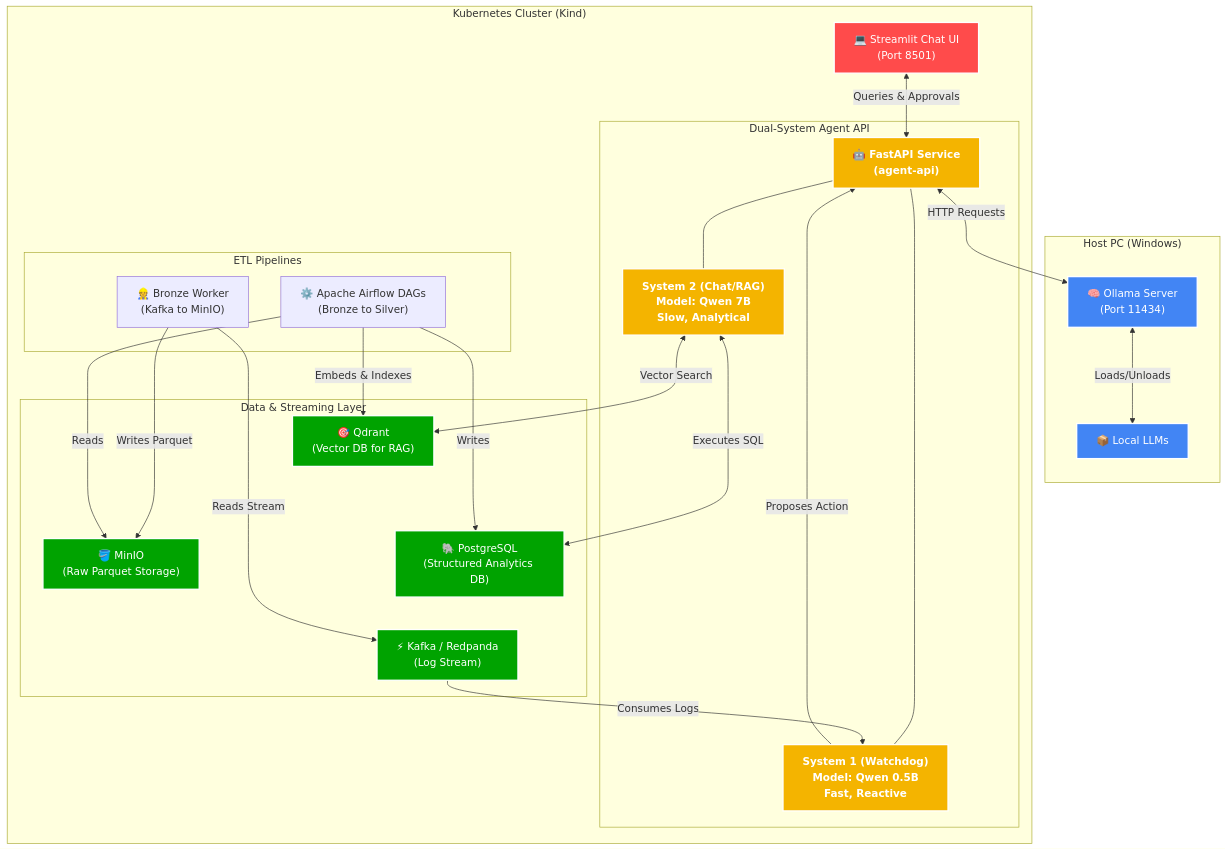
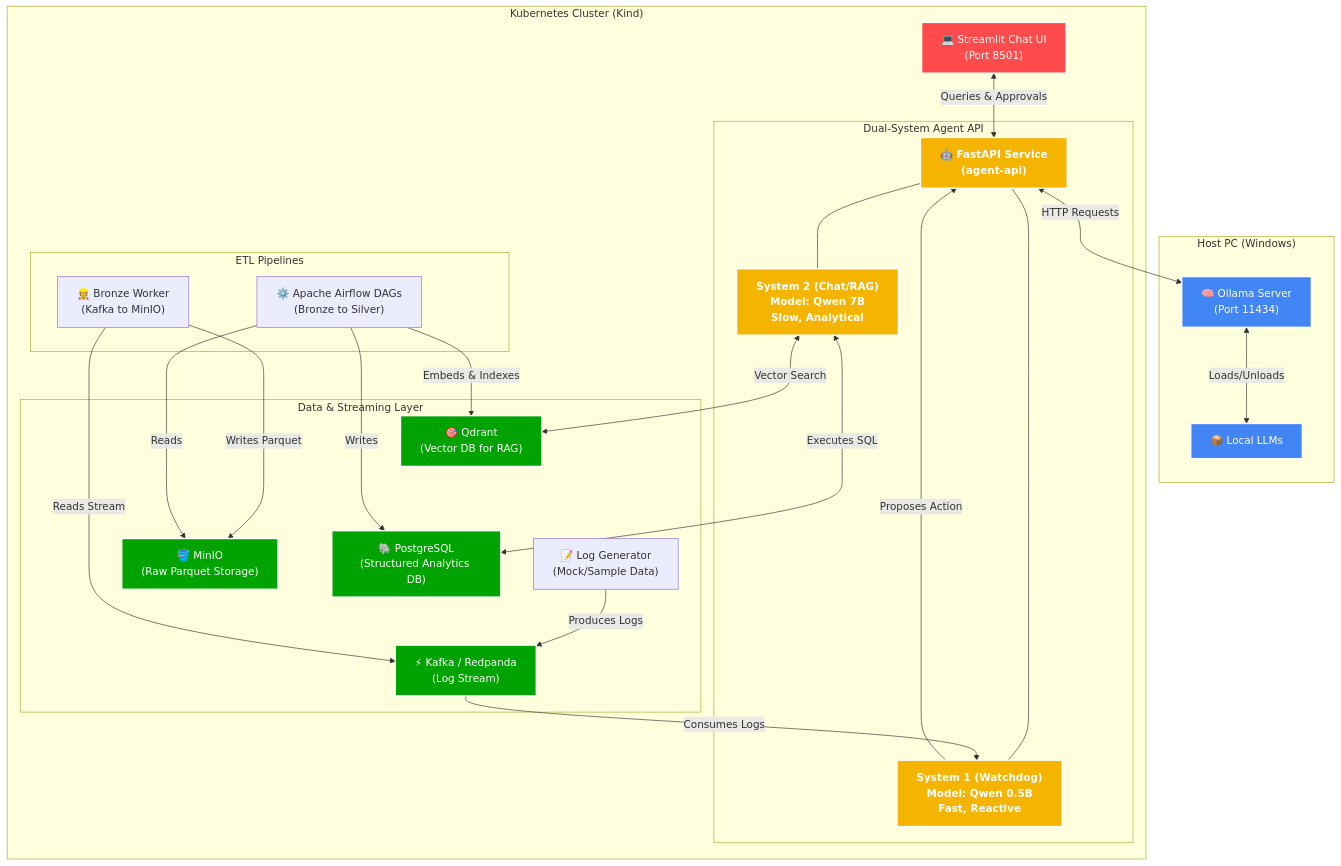
The diagram in README.md (maayankaidar/dual-system-agents), drawn with Mermaid before and after one commit.

Commit message:
Update diagram: Add Log Generator (Mock Data Producer) to Kafka

````diff
--- a/README.md
+++ b/README.md
@@ -7,66 +7,69 @@
 ```mermaid
 flowchart TD
     %% Define Styles
     classDef k8s fill:#326ce5,stroke:#fff,stroke-width:2px,color:#fff;
     classDef host fill:#4285F4,stroke:#fff,stroke-width:2px,color:#fff;
     classDef db fill:#00a300,stroke:#fff,stroke-width:2px,color:#fff;
     classDef ui fill:#ff4b4b,stroke:#fff,stroke-width:2px,color:#fff;
     classDef agent fill:#f4b400,stroke:#fff,stroke-width:2px,color:#fff,font-weight:bold;
 
     %% Host Machine Layer
     subgraph Host["Host PC (Windows)"]
         Ollama["🧠 Ollama Server<br>(Port 11434)"]:::host
         Models["📦 Local LLMs"]:::host
         Ollama <-->|Loads/Unloads| Models
     end
 
     %% Kubernetes Cluster Layer
     subgraph K8s["Kubernetes Cluster (Kind)"]
         UI["💻 Streamlit Chat UI<br>(Port 8501)"]:::ui
         
         subgraph Data["Data & Streaming Layer"]
-            Qdrant["🎯 Qdrant<br>(Vector DB for RAG)"]:::db
+            Producer["📝 Log Generator<br>(Mock/Sample Data)"]
+            Kafka["⚡ Kafka / Redpanda<br>(Log Stream)"]:::db
             MinIO["🪣 MinIO<br>(Raw Parquet Storage)"]:::db
             Postgres["🐘 PostgreSQL<br>(Structured Analytics DB)"]:::db
-            Kafka["⚡ Kafka / Redpanda<br>(Log Stream)"]:::db
+            Qdrant["🎯 Qdrant<br>(Vector DB for RAG)"]:::db
+            
+            Producer -->|Produces Logs| Kafka
             
             %% Layout hints: Qdrant top-left, Postgres below it, Kafka at bottom, MinIO top-right
             Qdrant ~~~ MinIO
             Qdrant ~~~ Postgres
             Postgres ~~~ Kafka
         end
 
         subgraph Orchestration["ETL Pipelines"]
             BronzeWorker["👷 Bronze Worker<br>(Kafka to MinIO)"]
             Airflow["⚙️ Apache Airflow DAGs<br>(Bronze to Silver)"]
             
             BronzeWorker -->|Reads Stream| Kafka
             BronzeWorker -->|Writes Parquet| MinIO
             
             Airflow -->|Reads| MinIO
             Airflow -->|Writes| Postgres
             Airflow -->|Embeds & Indexes| Qdrant
         end
 
         subgraph Agents["Dual-System Agent API"]
             AgentAPI["🤖 FastAPI Service<br>(agent-api)"]:::agent
             
             Sys1["System 1 (Watchdog)<br>Model: Qwen 0.5B<br>Fast, Reactive"]:::agent
             Sys2["System 2 (Chat/RAG)<br>Model: Qwen 7B<br>Slow, Analytical"]:::agent
             
             AgentAPI --- Sys1
             AgentAPI --- Sys2
         end
 
     end
 
     %% Data Flow & Connections
     Kafka -->|Consumes Logs| Sys1
     Sys1 -->|Proposes Action| AgentAPI
     
     UI <-->|Queries & Approvals| AgentAPI
     Sys2 <-->|Vector Search| Qdrant
     Sys2 <-->|Executes SQL| Postgres
     
     AgentAPI <-->|HTTP Requests| Ollama
 ```
````
